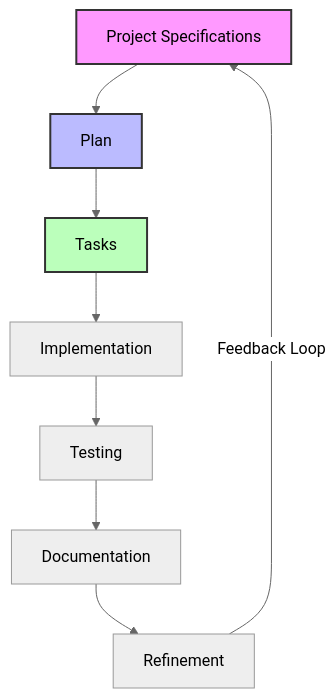
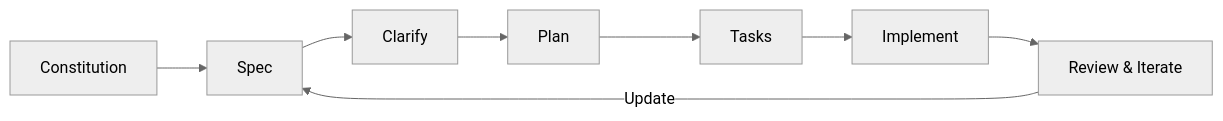
One commit to whiteduck-training/spec-driven-development changed the diagram in README.md. Above: the diagram before and after it, drawn with Mermaid (neutral theme). The commit also changed other lines of this file and 8 other files, not shown here.

````diff
--- a/README.md
+++ b/README.md
@@ -92,14 +21,10 @@
 ```mermaid
-graph TD
-    A[Project Specifications] --> B[Plan]
-    B --> C[Tasks]
-    C --> D[Implementation]
-    D --> E[Testing]
-    E --> F[Documentation]
-    F --> G[Refinement]
-    G -->|Feedback Loop| A
-    
-    style A fill:#f9f,stroke:#333,stroke-width:2px,color:#000
-    style B fill:#bbf,stroke:#333,stroke-width:2px,color:#000
-    style C fill:#bfb,stroke:#333,stroke-width:2px,color:#000
+flowchart LR
+    A[Constitution] --> B[Spec]
+    B --> C[Clarify]
+    C --> D[Plan]
+    D --> E[Tasks]
+    E --> F[Implement]
+    F --> G[Review & Iterate]
+    G -->|Update| B
 ```
````
